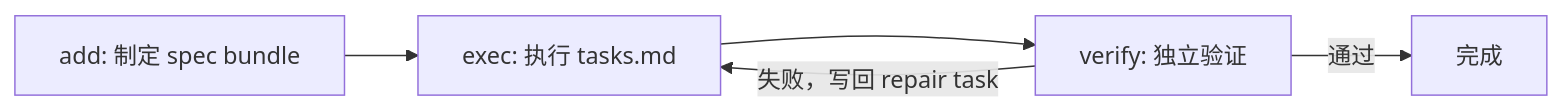
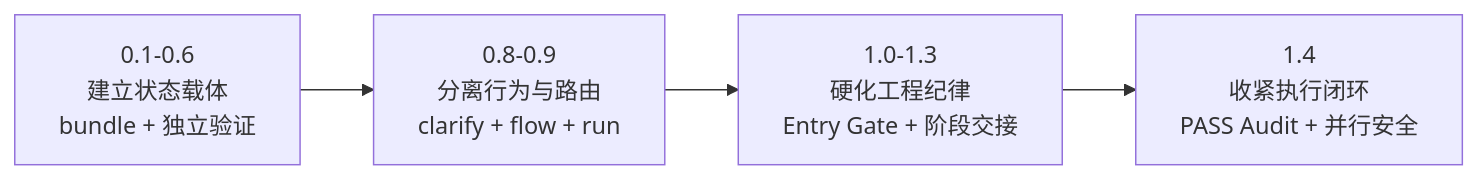
The first of 3 diagrams in specz/TECH-SHARE.md (Y2138/zz-agent-plugins), drawn with Mermaid before and after one commit. The commit also changed other lines of this file and 14 other files, not shown here.

````diff
--- a/specz/TECH-SHARE.md
+++ b/specz/TECH-SHARE.md
@@ -48,7 +38,8 @@
 ```mermaid
 flowchart LR
-    A["add: 制定 spec bundle"] --> B["exec: 执行 tasks.md"]
-    B --> C["verify: 独立验证"]
-    C -->|失败，写回 repair task| B
-    C -->|通过| D["完成"]
+    A["0.1-0.6<br/>建立状态载体<br/>bundle + 独立验证"]
+    B["0.8-0.9<br/>分离行为与路由<br/>clarify + flow + run"]
+    C["1.0-1.3<br/>硬化工程纪律<br/>Entry Gate + 阶段交接"]
+    D["1.4<br/>收紧执行闭环<br/>PASS Audit + 并行安全"]
+    A --> B --> C --> D
 ```
````
